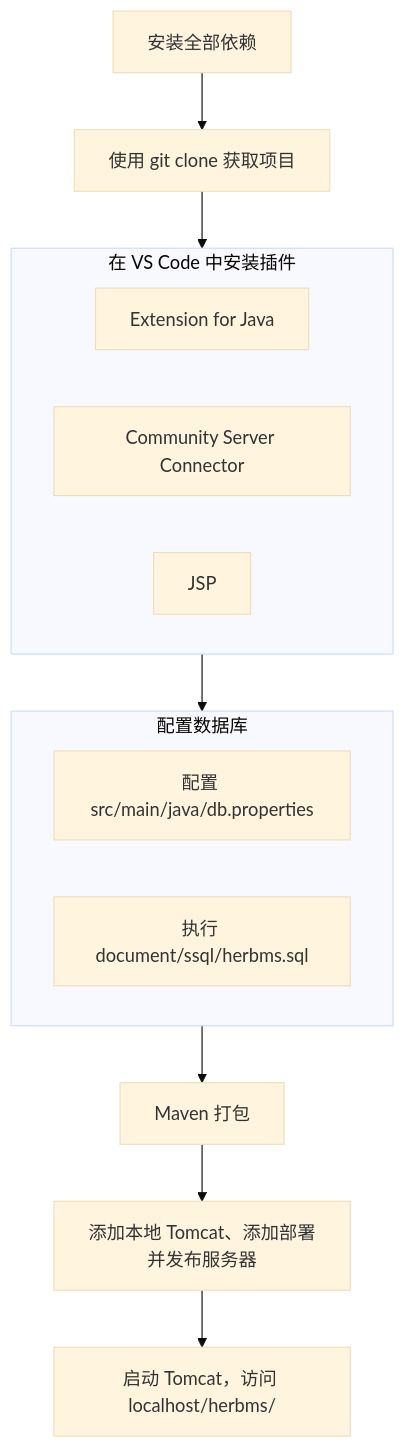
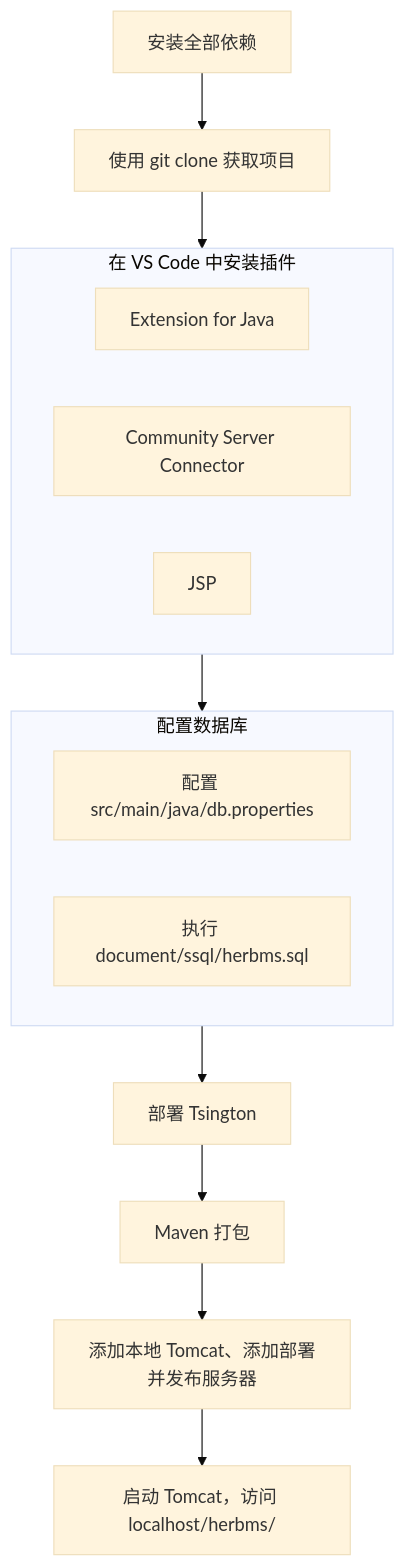
The diagram in README.md (penyoofficial/HerbMS-BE), drawn with Mermaid (base theme) before and after one commit. The commit also changed other lines of this file, not shown here.

Commit message:
docs: add info about Tsington

````diff
--- a/README.md
+++ b/README.md
@@ -20,19 +21,20 @@
 ```mermaid
 graph
   s1["安装全部依赖"]
   -->s2["使用 git clone 获取项目"]
   -->s3
   -->s4
-  -->s5["Maven 打包"]
-  -->s6["添加本地 Tomcat、添加部署并发布服务器"]
-  -->s7["启动 Tomcat，访问 localhost/herbms/"]
+  -->s5["部署 Tsington"]
+  -->s6["Maven 打包"]
+  -->s7["添加本地 Tomcat、添加部署并发布服务器"]
+  -->s8["启动 Tomcat，访问 localhost/herbms/"]
   subgraph s3["在 VS Code 中安装插件"]
     s3.1["Extension for Java"]
     s3.2["Community Server Connector"]
     s3.3["JSP"]
   end
   subgraph s4["配置数据库"]
     s4.1["配置 src/main/java/db.properties"]
     s4.2["执行 document/ssql/herbms.sql"]
   end
 ```
````
